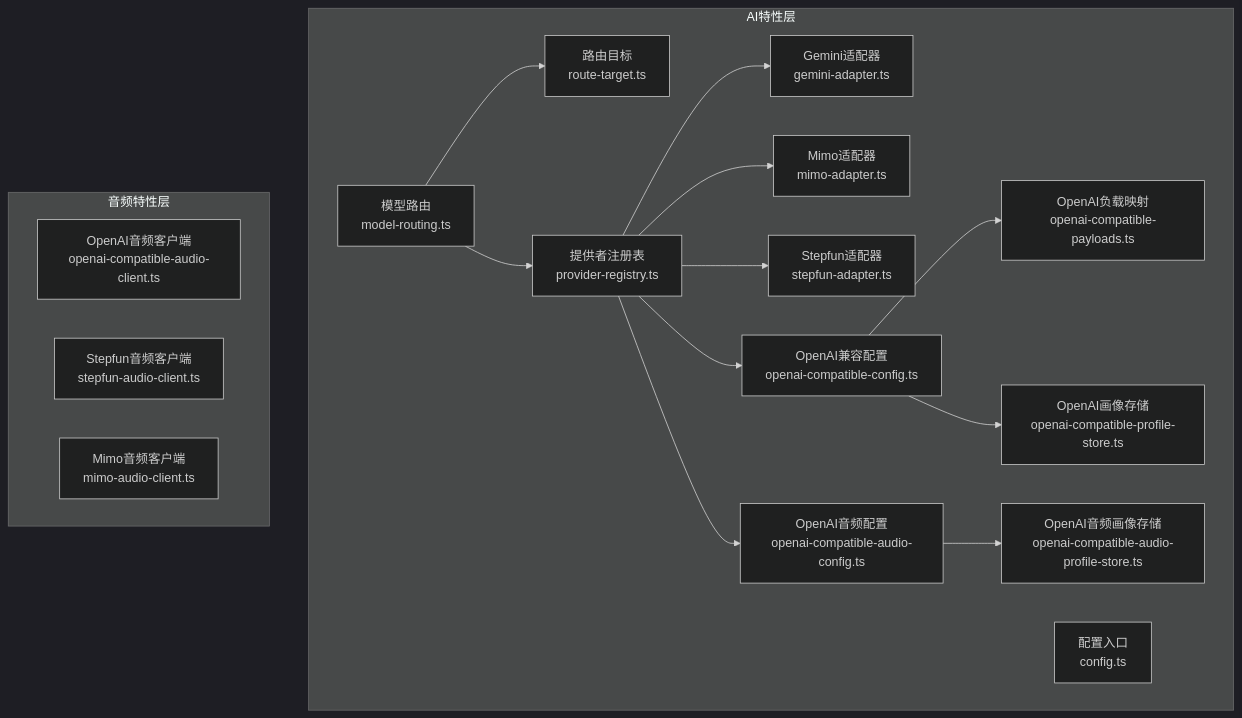
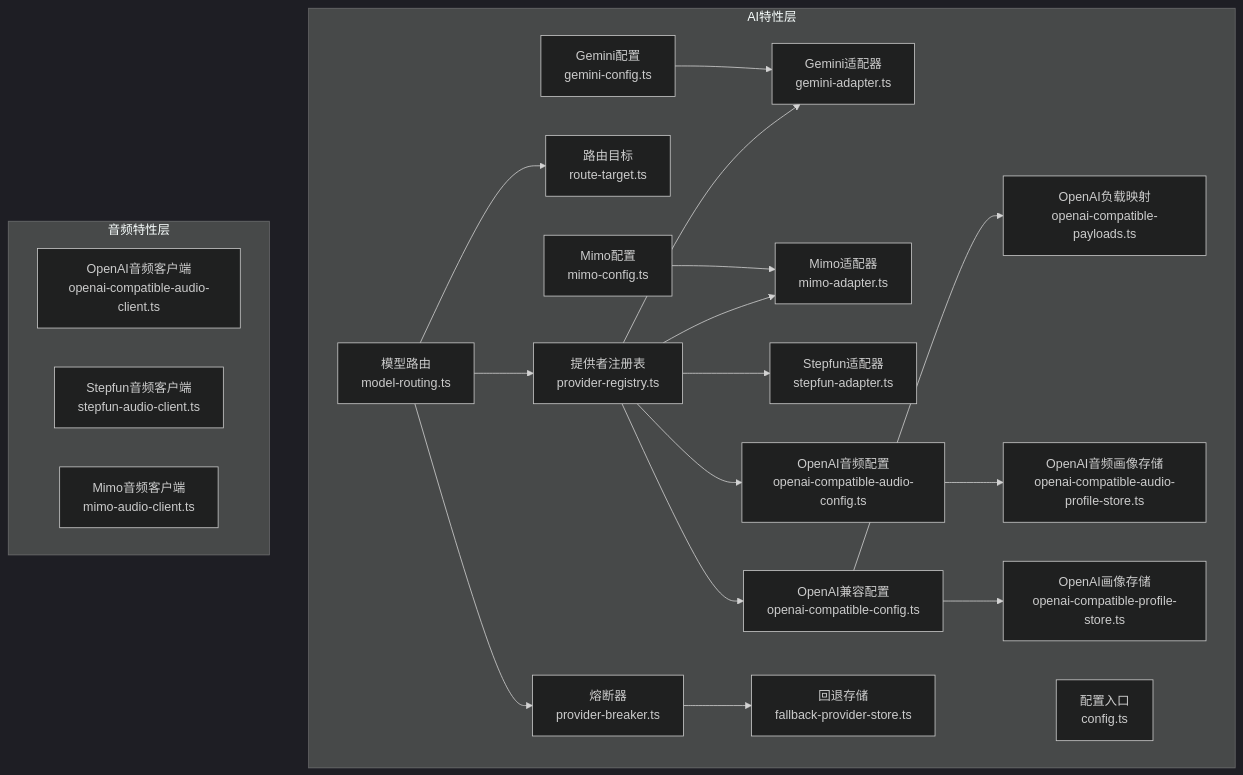
The first of 4 diagrams in .qoder/repowiki/zh/content/AI系统集成/AI系统集成.md (scottcwy/PurpleInk), drawn with Mermaid (dark theme) before and after one commit. The commit also changed other lines of this file and 109 other files, not shown here.

````diff
--- a/.qoder/repowiki/zh/content/AI系统集成/AI系统集成.md
+++ b/.qoder/repowiki/zh/content/AI系统集成/AI系统集成.md
@@ -48,32 +63,40 @@
 ```mermaid
 graph TB
 subgraph "AI特性层"
 REG["提供者注册表<br/>provider-registry.ts"]
 CFG["配置入口<br/>config.ts"]
 ROUTE["模型路由<br/>model-routing.ts"]
 TARGET["路由目标<br/>route-target.ts"]
+BREAKER["熔断器<br/>provider-breaker.ts"]
+FALLBACK["回退存储<br/>fallback-provider-store.ts"]
 AD_GEM["Gemini适配器<br/>gemini-adapter.ts"]
 AD_MIMO["Mimo适配器<br/>mimo-adapter.ts"]
 AD_STEP["Stepfun适配器<br/>stepfun-adapter.ts"]
 OAI_CFG["OpenAI兼容配置<br/>openai-compatible-config.ts"]
 OAI_PAY["OpenAI负载映射<br/>openai-compatible-payloads.ts"]
 OAI_AUD_CFG["OpenAI音频配置<br/>openai-compatible-audio-config.ts"]
 OAI_PROF["OpenAI画像存储<br/>openai-compatible-profile-store.ts"]
 OAI_AUD_PROF["OpenAI音频画像存储<br/>openai-compatible-audio-profile-store.ts"]
+GEM_CFG["Gemini配置<br/>gemini-config.ts"]
+MIMO_CFG["Mimo配置<br/>mimo-config.ts"]
 end
 subgraph "音频特性层"
 OAI_AUDIO["OpenAI音频客户端<br/>openai-compatible-audio-client.ts"]
 STEP_AUDIO["Stepfun音频客户端<br/>stepfun-audio-client.ts"]
 MIMO_AUDIO["Mimo音频客户端<br/>mimo-audio-client.ts"]
 end
 REG --> AD_GEM
 REG --> AD_MIMO
 REG --> AD_STEP
 REG --> OAI_CFG
 REG --> OAI_AUD_CFG
 ROUTE --> TARGET
 ROUTE --> REG
+ROUTE --> BREAKER
+BREAKER --> FALLBACK
 OAI_CFG --> OAI_PAY
 OAI_AUD_CFG --> OAI_AUD_PROF
 OAI_CFG --> OAI_PROF
+GEM_CFG --> AD_GEM
+MIMO_CFG --> AD_MIMO
 ```
````
